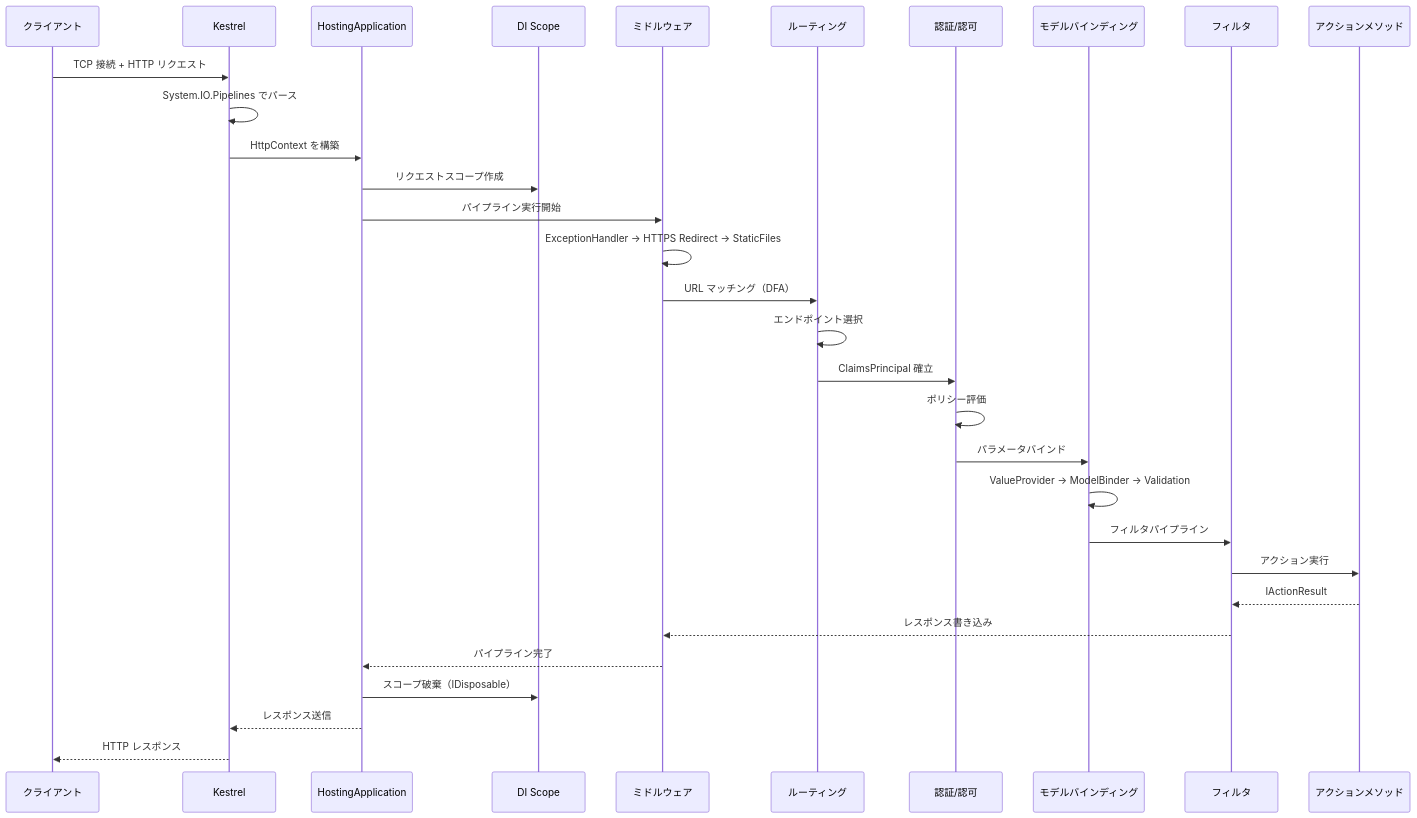
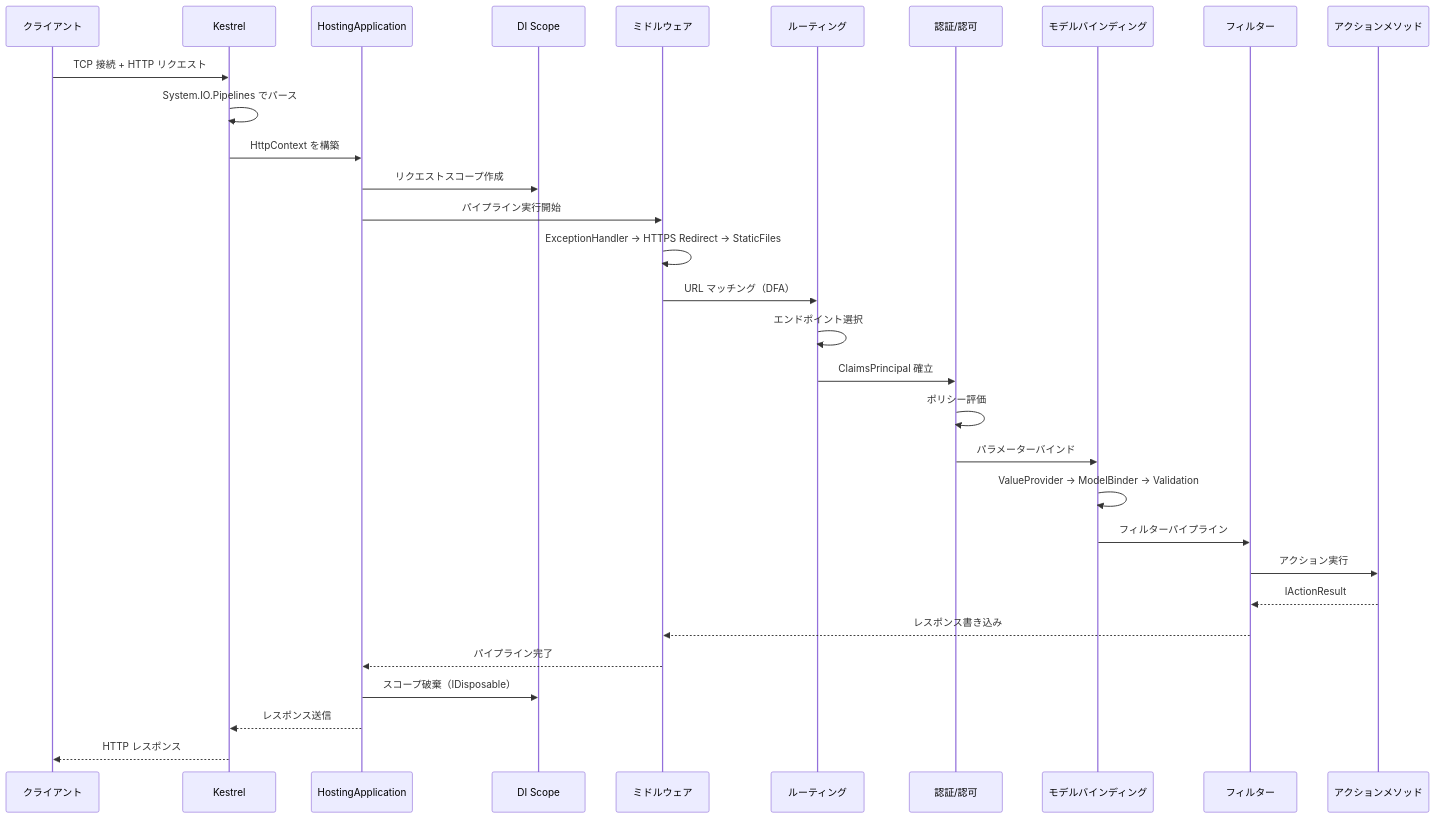
Before and after one commit to yoichiozaki/yoichiozaki.github.io: diagram 20 of 20 in content/blog/ja/aspnet-core-architecture.mdx, drawn with Mermaid. The commit also changed other lines of this file and 117 other files, not shown here.

````diff
--- a/content/blog/ja/aspnet-core-architecture.mdx
+++ b/content/blog/ja/aspnet-core-architecture.mdx
@@ -1029,36 +1029,36 @@
 ```mermaid
 sequenceDiagram
     participant Client as クライアント
     participant Kestrel as Kestrel
     participant Hosting as HostingApplication
     participant DI as DI Scope
     participant MW as ミドルウェア
     participant Routing as ルーティング
     participant Auth as 認証/認可
     participant Binding as モデルバインディング
-    participant Filter as フィルタ
+    participant Filter as フィルター
     participant Action as アクションメソッド
 
     Client->>Kestrel: TCP 接続 + HTTP リクエスト
     Kestrel->>Kestrel: System.IO.Pipelines でパース
     Kestrel->>Hosting: HttpContext を構築
     Hosting->>DI: リクエストスコープ作成
     Hosting->>MW: パイプライン実行開始
 
     MW->>MW: ExceptionHandler → HTTPS Redirect → StaticFiles
     MW->>Routing: URL マッチング（DFA）
     Routing->>Routing: エンドポイント選択
     Routing->>Auth: ClaimsPrincipal 確立
     Auth->>Auth: ポリシー評価
-    Auth->>Binding: パラメータバインド
+    Auth->>Binding: パラメーターバインド
     Binding->>Binding: ValueProvider → ModelBinder → Validation
-    Binding->>Filter: フィルタパイプライン
+    Binding->>Filter: フィルターパイプライン
     Filter->>Action: アクション実行
 
     Action-->>Filter: IActionResult
     Filter-->>MW: レスポンス書き込み
     MW-->>Hosting: パイプライン完了
     Hosting->>DI: スコープ破棄（IDisposable）
     Hosting-->>Kestrel: レスポンス送信
     Kestrel-->>Client: HTTP レスポンス
 ```
````
